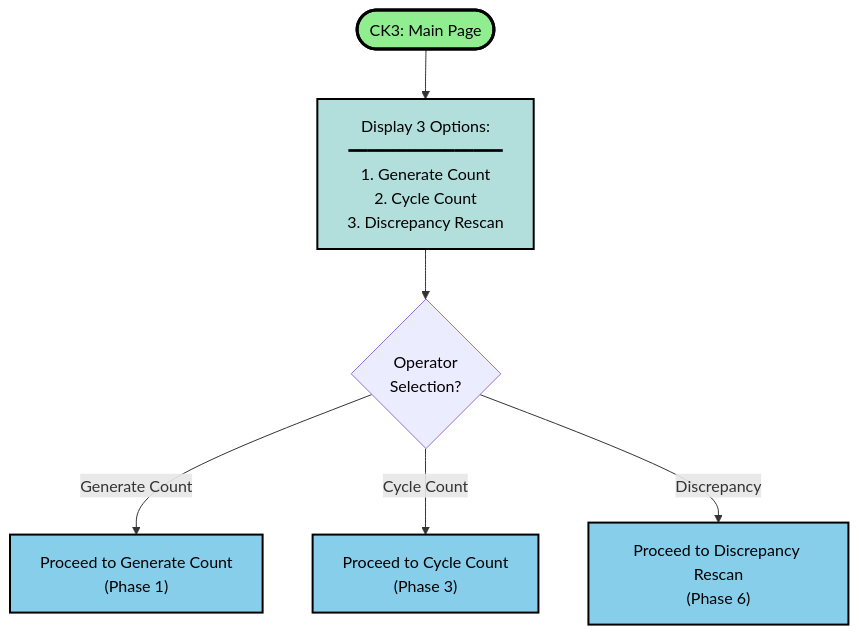
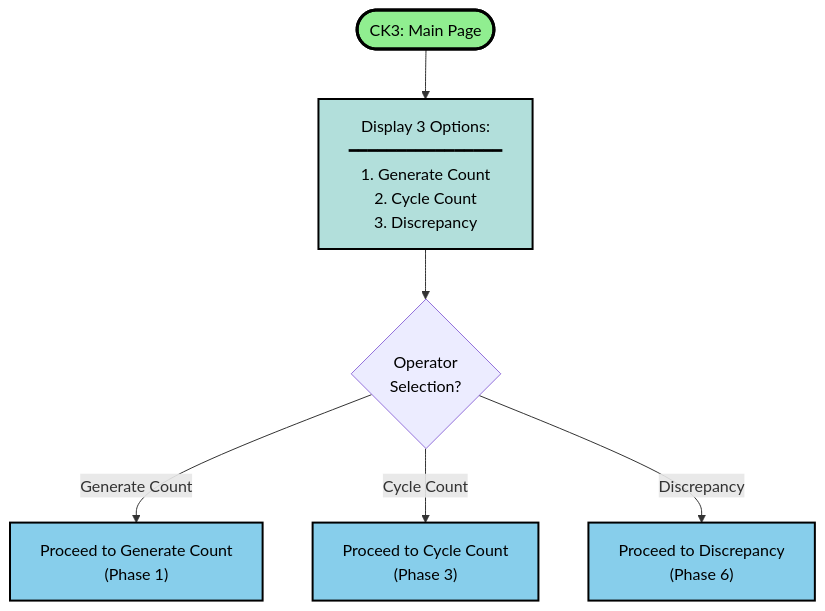
One commit to kohjs/RMC-Cycle-Count changed the first of 11 diagrams in workflow.md. Above: the diagram before and after it, drawn with Mermaid. The commit also changed other lines of this file, not shown here.

````diff
--- a/workflow.md
+++ b/workflow.md
@@ -34,18 +34,18 @@
 ```mermaid
 flowchart TD
-    Start(["CK3: Main Page"]) --> Main["Display 3 Options:<br>━━━━━━━━━━━━━━━━<br>1. Generate Count<br>2. Cycle Count<br>3. Discrepancy Rescan"]
+    Start(["CK3: Main Page"]) --> Main["Display 3 Options:<br>━━━━━━━━━━━━━━━━<br>1. Generate Count<br>2. Cycle Count<br>3. Discrepancy"]
     Main --> Choice{"Operator<br>Selection?"}
     Choice -- Generate Count --> Gen["Proceed to Generate Count<br>(Phase 1)"]
     Choice -- Cycle Count --> CC["Proceed to Cycle Count<br>(Phase 3)"]
-    Choice -- Discrepancy --> DR["Proceed to Discrepancy Rescan<br>(Phase 6)"]
+    Choice -- Discrepancy --> DR["Proceed to Discrepancy<br>(Phase 6)"]
 
     style Start fill:#90EE90,stroke:#000,stroke-width:3px,color:#000
     style Main fill:#B2DFDB,stroke:#000,stroke-width:2px,color:#000
     style Choice color:#000
     style Gen fill:#87CEEB,stroke:#000,stroke-width:2px,color:#000
     style CC fill:#87CEEB,stroke:#000,stroke-width:2px,color:#000
     style DR fill:#87CEEB,stroke:#000,stroke-width:2px,color:#000
 
 
 
 ```
````
